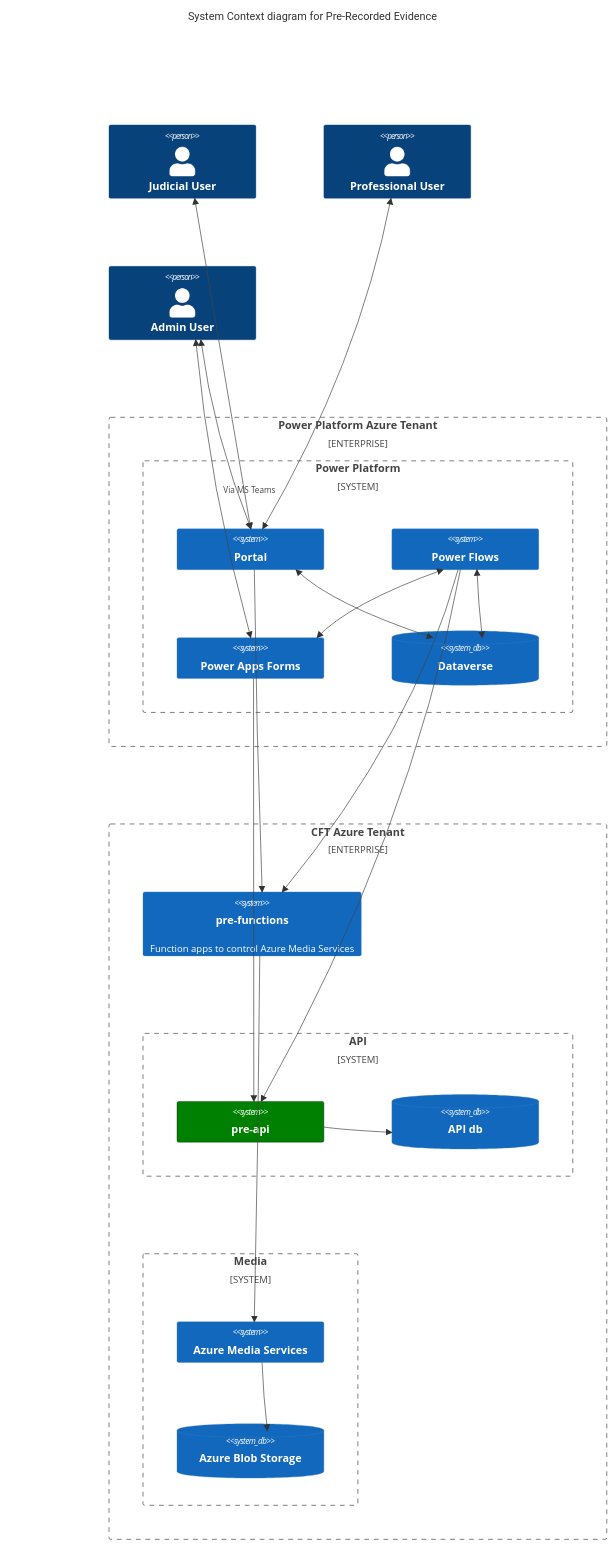
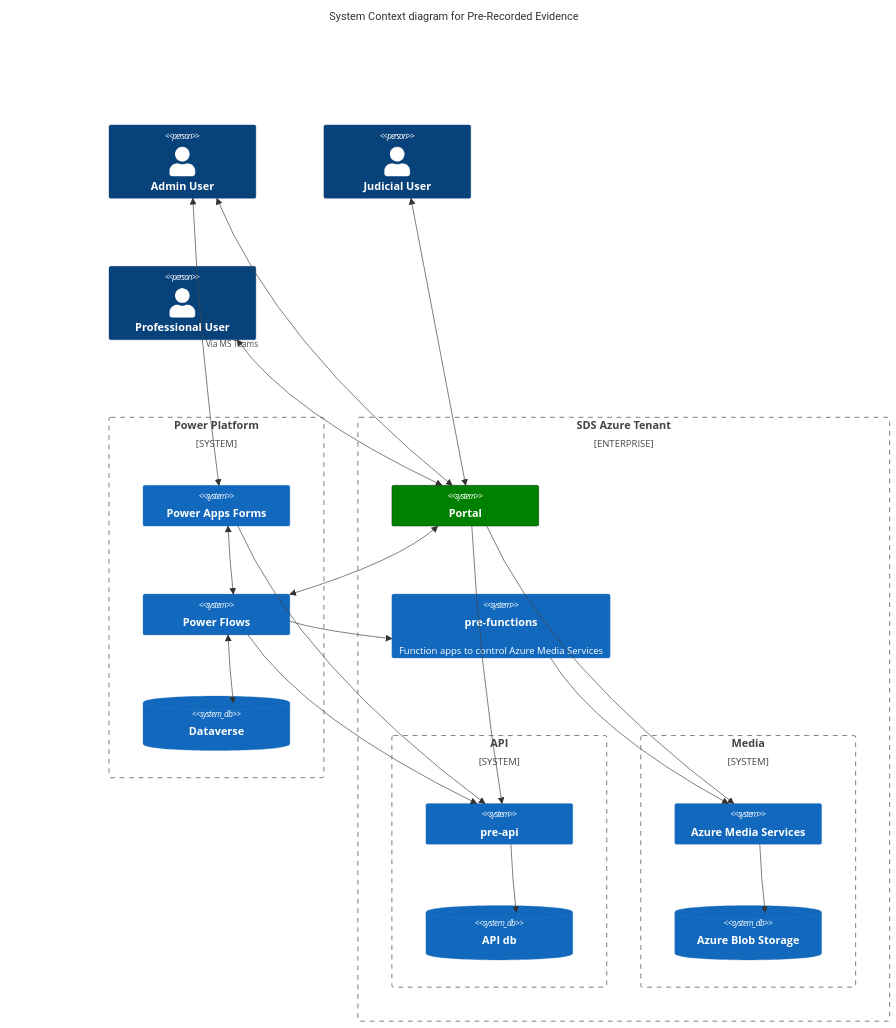
Before and after one commit to hmcts/pre-portal2: the diagram in README.md, drawn with Mermaid. The commit also changed other lines of this file, not shown here.

````diff
--- a/README.md
+++ b/README.md
@@ -15,51 +15,51 @@
 ```mermaid
     C4Context
       title System Context diagram for Pre-Recorded Evidence
 
+      Person(adminUser, "Admin User", "")
       Person(judicialUser, "Judicial User", "")
       Person(professionalUser, "Professional User", "")
-      Person(adminUser, "Admin User", "")
 
-      Enterprise_Boundary(a1, "Power Platform Azure Tenant") {
 
-        System_Boundary(PowerPlatform, "Power Platform") {
-            System(Portal, "Portal", "")
-            System(PowerFlows, "Power Flows", "")
-            System(PowerApps, "Power Apps Forms", "")
-            SystemDb(Dataverse, "Dataverse", "")
-        }
+      System_Boundary(PowerPlatform, "Power Platform") {
+        System(PowerApps, "Power Apps Forms", "")
+        System(PowerFlows, "Power Flows", "")
+        SystemDb(Dataverse, "Dataverse", "")
       }
 
-      Enterprise_Boundary(a0, "CFT Azure Tenant") {
+      Enterprise_Boundary(a0, "SDS Azure Tenant") {
+        System(Portal, "Portal", "")
 
         System(function, "pre-functions", "Function apps to control Azure Media Services")
 
         System_Boundary(api, "API") {
             System(api, "pre-api")
             SystemDb(db, "API db")
         }
 
         System_Boundary(media, "Media") {
             System(ams, "Azure Media Services")
             SystemDb(blob, "Azure Blob Storage")
         }
 
       }
 
       BiRel(judicialUser, Portal, "")
       BiRel(adminUser, Portal, "")
       BiRel(adminUser, PowerApps, "Via MS Teams")
       BiRel(professionalUser, Portal, "")
       BiRel(PowerApps, PowerFlows, "")
-      BiRel(Portal, Dataverse, "")
-      Rel(Portal, function, "")
+      BiRel(Portal, PowerFlows, "")
+      Rel(Portal, ams, "")
+      Rel(Portal, api, "")
       BiRel(PowerFlows, Dataverse, "")
       Rel(PowerApps, api, "")
       Rel(PowerFlows, api, "")
       Rel(PowerFlows, function, "")
       Rel(api, db, "")
       Rel(ams, blob, "")
       Rel(function, ams, "")
-      UpdateElementStyle(api,  $bgColor="green", $borderColor="black")
+      UpdateElementStyle(Portal,  $bgColor="green", $borderColor="black")
+      UpdateElementStyle(PowerPlatform)
       UpdateLayoutConfig($c4ShapeInRow="3", $c4BoundaryInRow="1")
 ```
````
